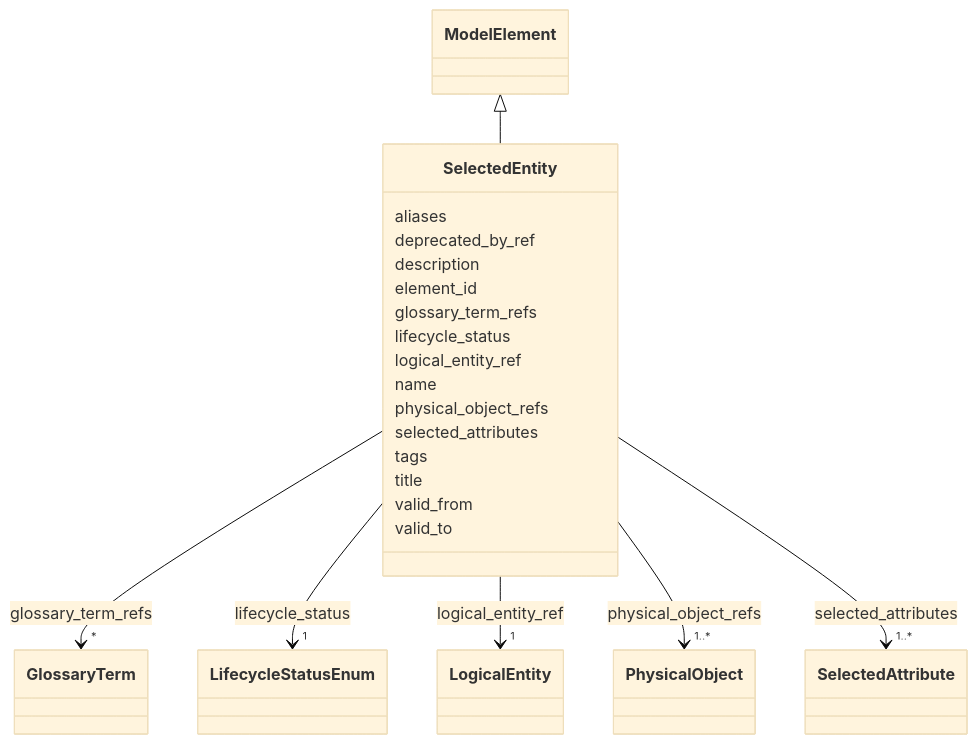
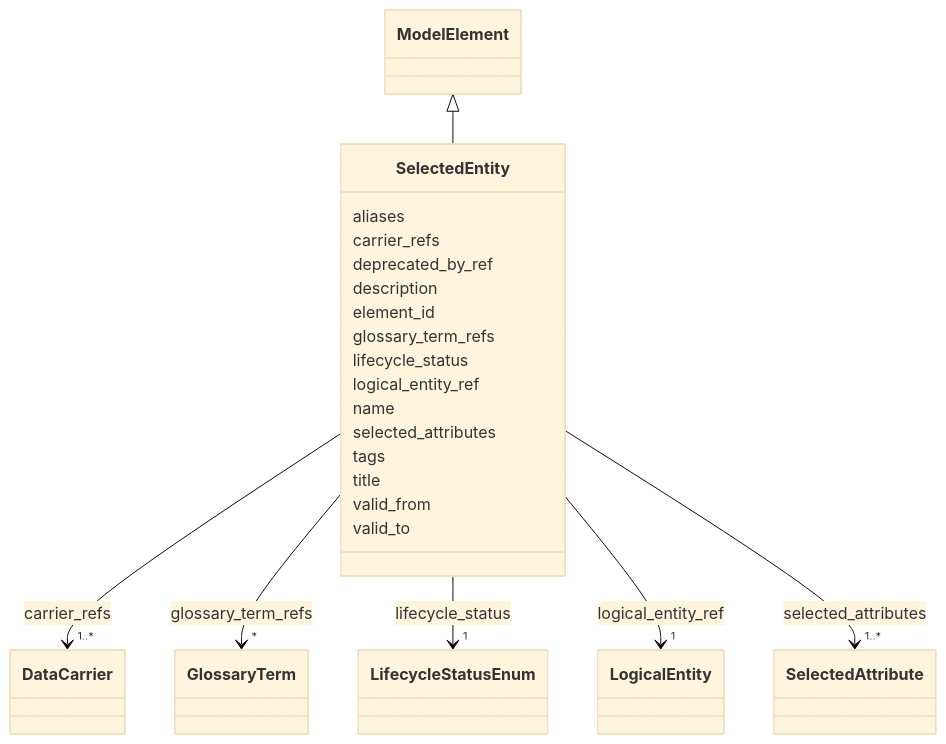
Before and after one commit to oista/moex-data-model: the diagram in generated/artifacts/moex-dams/0.1/diagrams/SelectedEntity.md, drawn with Mermaid (base theme). The commit also changed 163 other files, not shown here.

First line of the commit message:
feat: refactor physical object handling to technical asset model

````diff
--- a/generated/artifacts/moex-dams/0.1/diagrams/SelectedEntity.md
+++ b/generated/artifacts/moex-dams/0.1/diagrams/SelectedEntity.md
@@ -4,82 +4,82 @@
 ```mermaid
  classDiagram
     class SelectedEntity
     click SelectedEntity href "../SelectedEntity"
       ModelElement <|-- SelectedEntity
         click ModelElement href "../ModelElement"
       
       SelectedEntity : aliases
+        
+      SelectedEntity : carrier_refs
+        
+          
+    
+        
+        
+        SelectedEntity --> "1..*" DataCarrier : carrier_refs
+        click DataCarrier href "../DataCarrier"
+    
+
         
       SelectedEntity : deprecated_by_ref
         
       SelectedEntity : description
         
       SelectedEntity : element_id
         
       SelectedEntity : glossary_term_refs
         
           
     
         
         
         SelectedEntity --> "*" GlossaryTerm : glossary_term_refs
         click GlossaryTerm href "../GlossaryTerm"
     
 
         
       SelectedEntity : lifecycle_status
         
           
     
         
         
         SelectedEntity --> "1" LifecycleStatusEnum : lifecycle_status
         click LifecycleStatusEnum href "../LifecycleStatusEnum"
     
 
         
       SelectedEntity : logical_entity_ref
         
           
     
         
         
         SelectedEntity --> "1" LogicalEntity : logical_entity_ref
         click LogicalEntity href "../LogicalEntity"
     
 
         
       SelectedEntity : name
         
-      SelectedEntity : physical_object_refs
-        
-          
-    
-        
-        
-        SelectedEntity --> "1..*" PhysicalObject : physical_object_refs
-        click PhysicalObject href "../PhysicalObject"
-    
-
-        
       SelectedEntity : selected_attributes
         
           
     
         
         
         SelectedEntity --> "1..*" SelectedAttribute : selected_attributes
         click SelectedAttribute href "../SelectedAttribute"
     
 
         
       SelectedEntity : tags
         
       SelectedEntity : title
         
       SelectedEntity : valid_from
         
       SelectedEntity : valid_to
         
       
 ```
````
